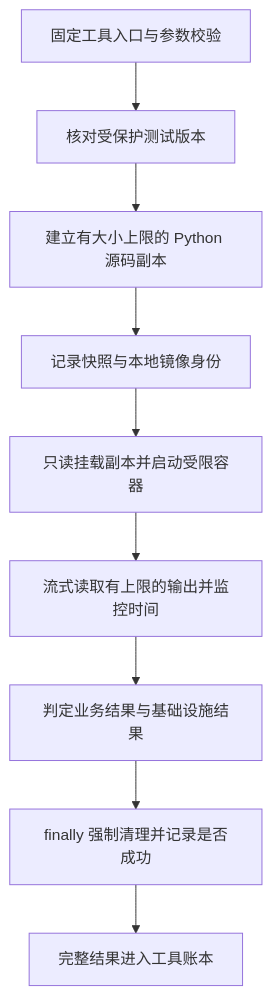
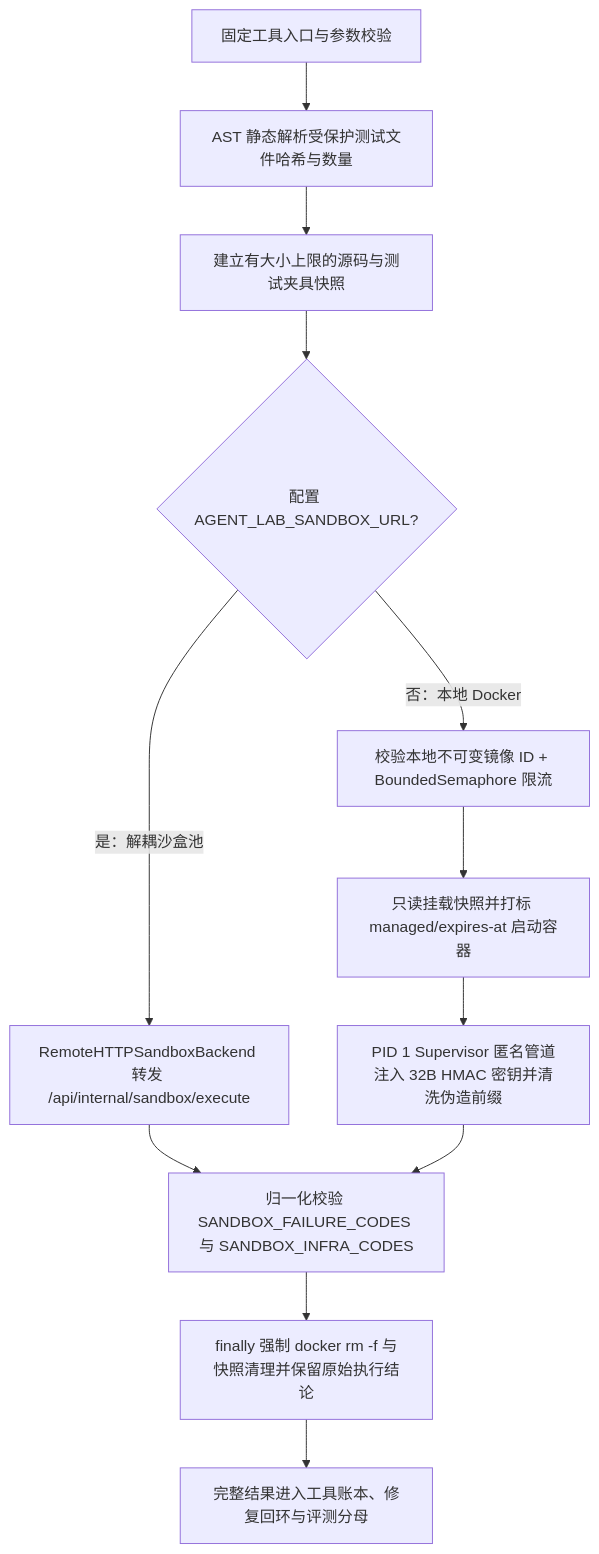
One commit to CambridgeZ/agent-systems-lab changed the diagram in docs/sandbox-mechanisms.md. Above: the diagram before and after it, drawn with Mermaid. The commit also changed other lines of this file and 58 other files, not shown here.

````diff
--- a/docs/sandbox-mechanisms.md
+++ b/docs/sandbox-mechanisms.md
@@ -19,11 +19,14 @@
 ```mermaid
 flowchart TD
-    A[固定工具入口与参数校验] --> B[核对受保护测试版本]
-    B --> C[建立有大小上限的 Python 源码副本]
-    C --> D[记录快照与本地镜像身份]
-    D --> E[只读挂载副本并启动受限容器]
-    E --> F[流式读取有上限的输出并监控时间]
-    F --> G[判定业务结果与基础设施结果]
-    G --> H[finally 强制清理并记录是否成功]
-    H --> I[完整结果进入工具账本]
+    A[固定工具入口与参数校验] --> B[AST 静态解析受保护测试文件哈希与数量]
+    B --> C[建立有大小上限的源码与测试夹具快照]
+    C --> D{配置 AGENT_LAB_SANDBOX_URL?}
+    D -- 否：本地 Docker --> E[校验本地不可变镜像 ID + BoundedSemaphore 限流]
+    E --> F[只读挂载快照并打标 managed/expires-at 启动容器]
+    D -- 是：解耦沙盒池 --> R[RemoteHTTPSandboxBackend 转发 /api/internal/sandbox/execute]
+    F --> G[PID 1 Supervisor 匿名管道注入 32B HMAC 密钥并清洗伪造前缀]
+    R --> H[归一化校验 SANDBOX_FAILURE_CODES 与 SANDBOX_INFRA_CODES]
+    G --> H
+    H --> I[finally 强制 docker rm -f 与快照清理并保留原始执行结论]
+    I --> J[完整结果进入工具账本、修复回环与评测分母]
 ```
````
